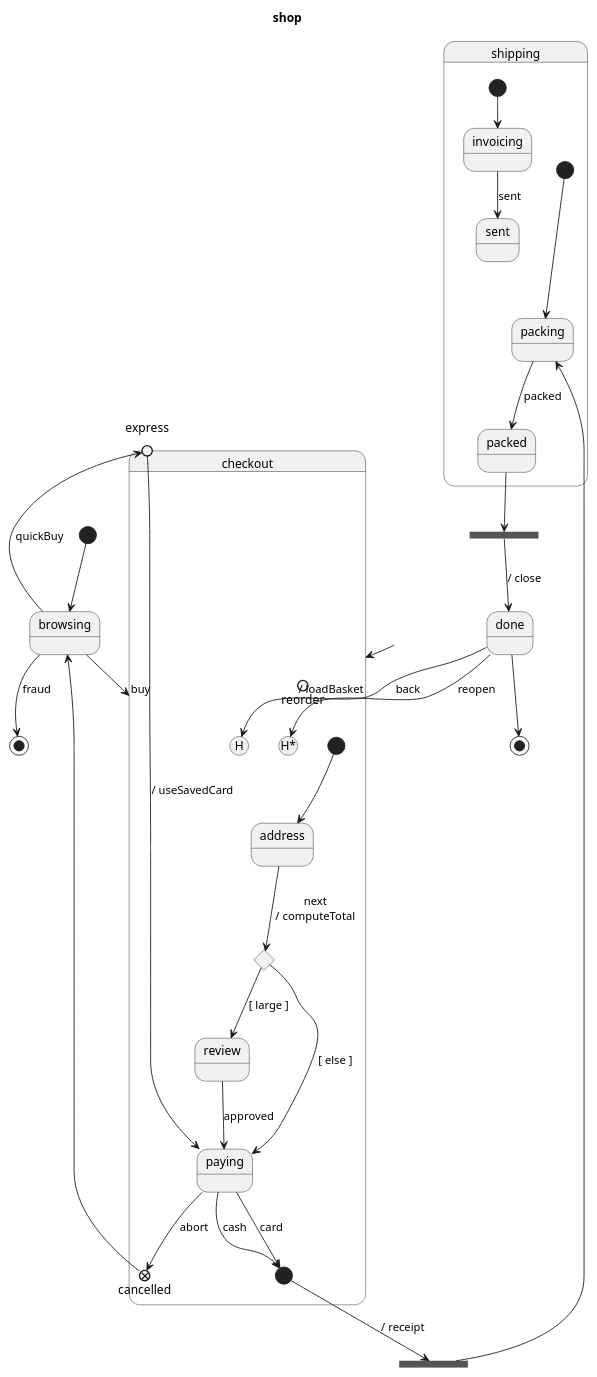
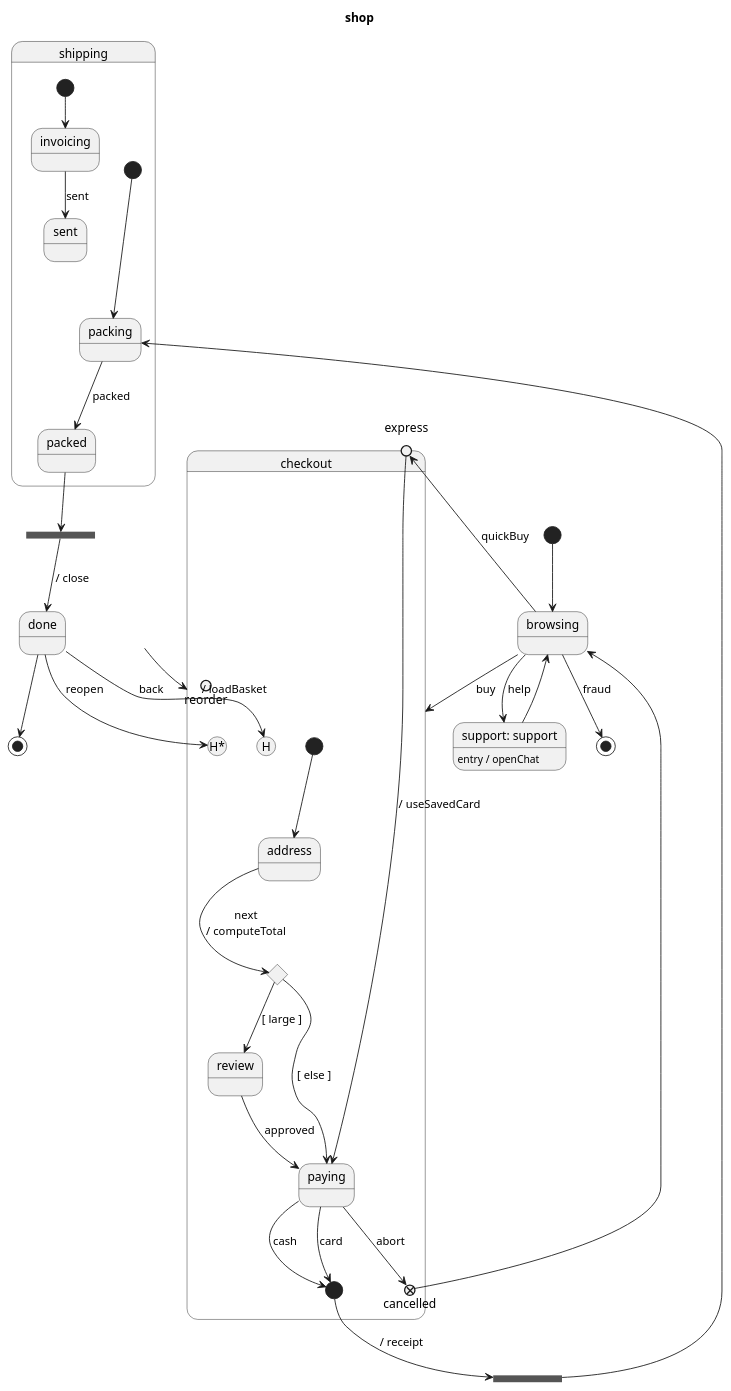
One commit to vincedupuis/transplantUML changed the diagram in example/shop.puml. Above: the diagram before and after it, drawn with PlantUML. The commit also changed 12 other files, not shown here.

```diff
--- a/example/shop.puml
+++ b/example/shop.puml
@@ -1,54 +1,58 @@
 @startuml
 title shop
 [*] --> browsing
 state reorder <<entryPoint>>
 state browsing
+state "support: support" as support
+support : entry / openChat
 state checkout {
     [*] --> address
     state express <<entryPoint>>
     state cancelled <<exitPoint>>
     state address
     state route <<choice>>
     state review
     state paying
     state paid <<start>>
     state "checkout.H-deep" as checkout_H_deep <<history*>>
     state "checkout.H" as checkout_H <<history>>
     express --> paying: / useSavedCard
     address --> route: next\n/ computeTotal
     route --> review: [ large ]
     route --> paying: [ else ]
     review --> paying: approved
     paying --> paid: cash
     paying --> paid: card
     paying --> cancelled: abort
 }
 state split <<fork>>
 state shipping {
     [*] --> packing
     state packing
     state packed
     packing --> packed: packed
     --
     [*] --> invoicing
     state invoicing
     state sent
     invoicing --> sent: sent
 }
 state merge <<join>>
 state done
 state terminate <<end>>
 state final <<end>>
 reorder --> checkout: / loadBasket
 browsing --> checkout: buy
 browsing --> express: quickBuy
 browsing --> terminate: fraud
+browsing --> support: help
+support --> browsing
 cancelled --> browsing
 paid --> split: / receipt
 split --> packing
 packed --> merge
 merge --> done: / close
 done --> checkout_H_deep: reopen
 done --> checkout_H: back
 done --> final
 @enduml
```
